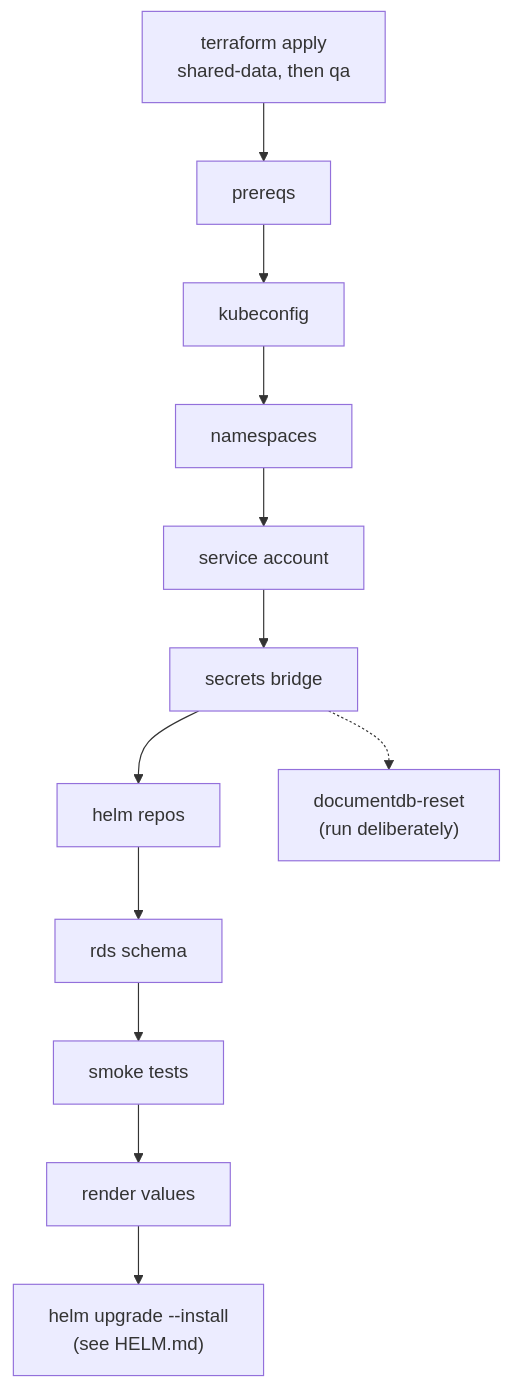
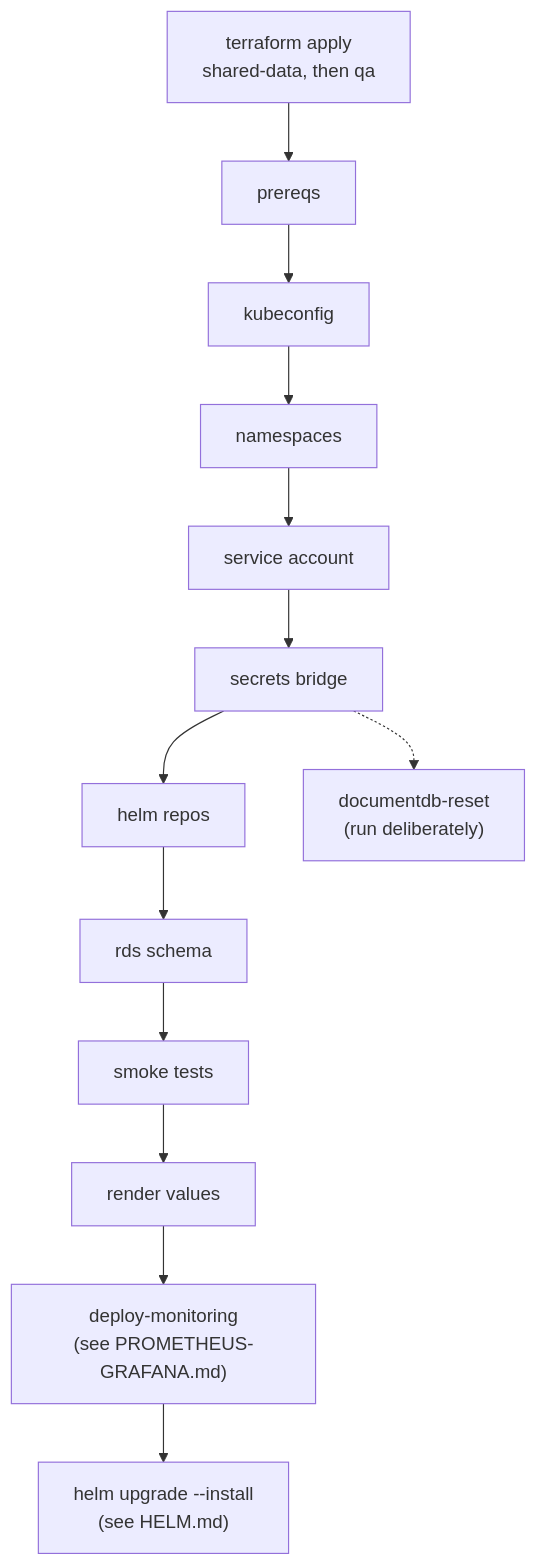
One commit to elpendex123/mongo-dcu-pipeline changed the diagram in docs/ANSIBLE.md. Above: the diagram before and after it, drawn with Mermaid. The commit also changed other lines of this file and 15 other files, not shown here.

````diff
--- a/docs/ANSIBLE.md
+++ b/docs/ANSIBLE.md
@@ -85,14 +94,15 @@
 ```mermaid
 flowchart TD
     TF["terraform apply<br/>shared-data, then qa"] --> PRE[prereqs]
     PRE --> KC[kubeconfig]
     KC --> NS[namespaces]
     NS --> SA[service account]
     SA --> SEC[secrets bridge]
     SEC --> HR[helm repos]
     HR --> SCH[rds schema]
     SCH --> SMK[smoke tests]
     SMK --> VAL[render values]
-    VAL --> HELM["helm upgrade --install<br/>(see HELM.md)"]
+    VAL --> MON["deploy-monitoring<br/>(see PROMETHEUS-GRAFANA.md)"]
+    MON --> HELM["helm upgrade --install<br/>(see HELM.md)"]
     SEC -.-> RESET["documentdb-reset<br/>(run deliberately)"]
 ```
````
